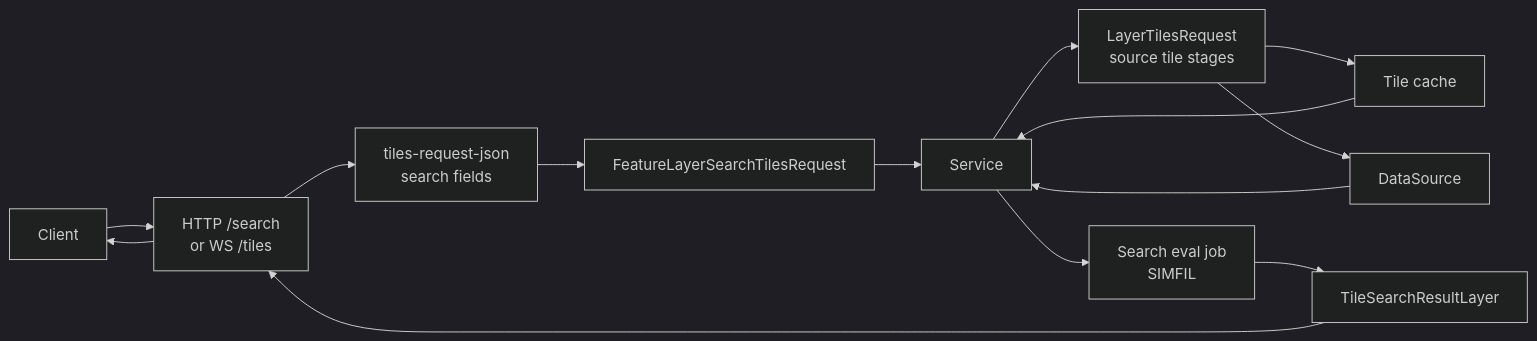
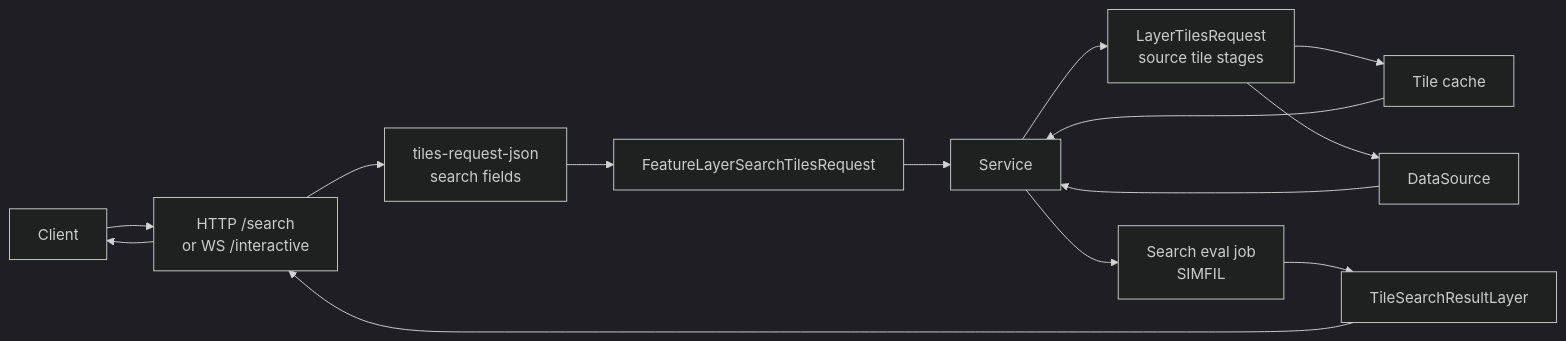
One commit to ndsev/mapget changed the fourth of 5 diagrams in docs/mapget-dev-guide.md. Above: the diagram before and after it, drawn with Mermaid (dark theme). The commit also changed other lines of this file and 18 other files, not shown here.

````diff
--- a/docs/mapget-dev-guide.md
+++ b/docs/mapget-dev-guide.md
@@ -256,27 +258,27 @@
 ```mermaid
 flowchart LR
   Client[Client]
-  Transport[HTTP /search<br/>or WS /tiles]
+  Transport[HTTP /search<br/>or WS /interactive]
   Parser[tiles-request-json<br/>search fields]
   SearchReq[FeatureLayerSearchTilesRequest]
   Service[Service]
   ChildReq[LayerTilesRequest<br/>source tile stages]
   Cache[Tile cache]
   Ds[DataSource]
   Eval[Search eval job<br/>SIMFIL]
   Result[TileSearchResultLayer]
 
   Client --> Transport
   Transport --> Parser
   Parser --> SearchReq
   SearchReq --> Service
   Service --> ChildReq
   ChildReq --> Cache
   ChildReq --> Ds
   Cache --> Service
   Ds --> Service
   Service --> Eval
   Eval --> Result
   Result --> Transport
   Transport --> Client
 ```
````
